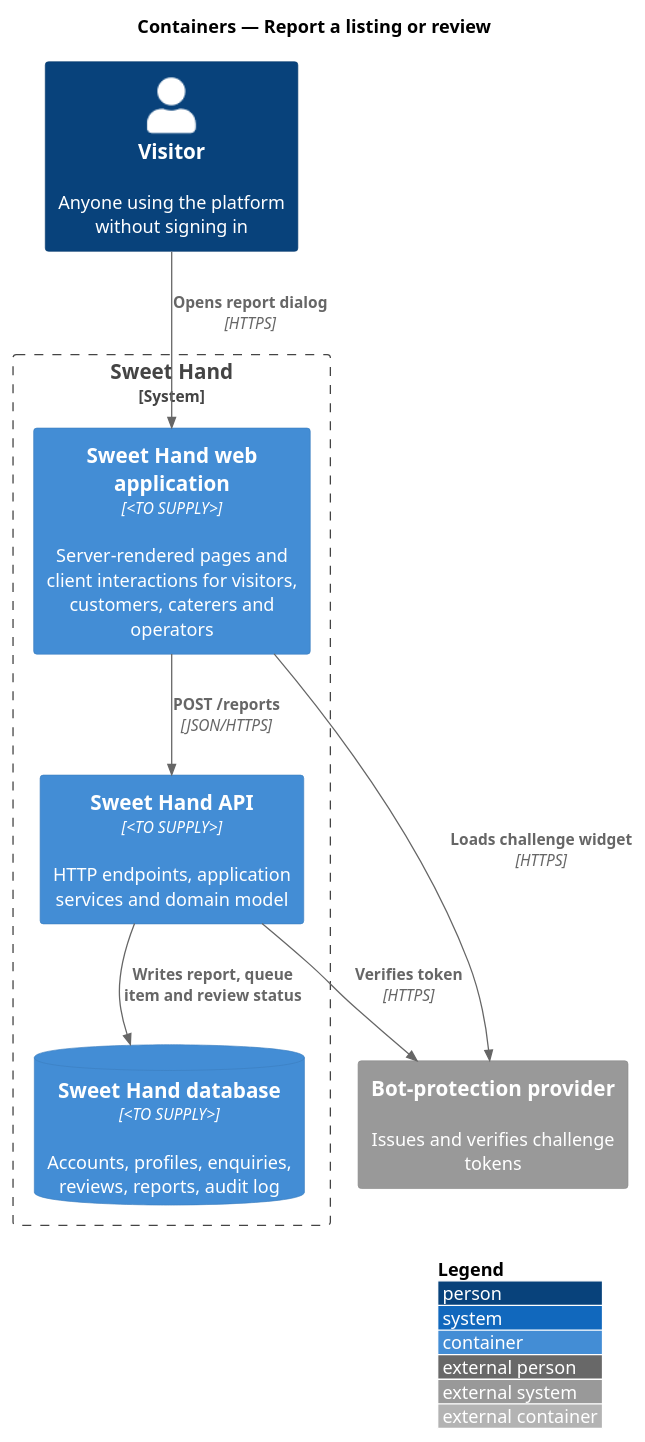
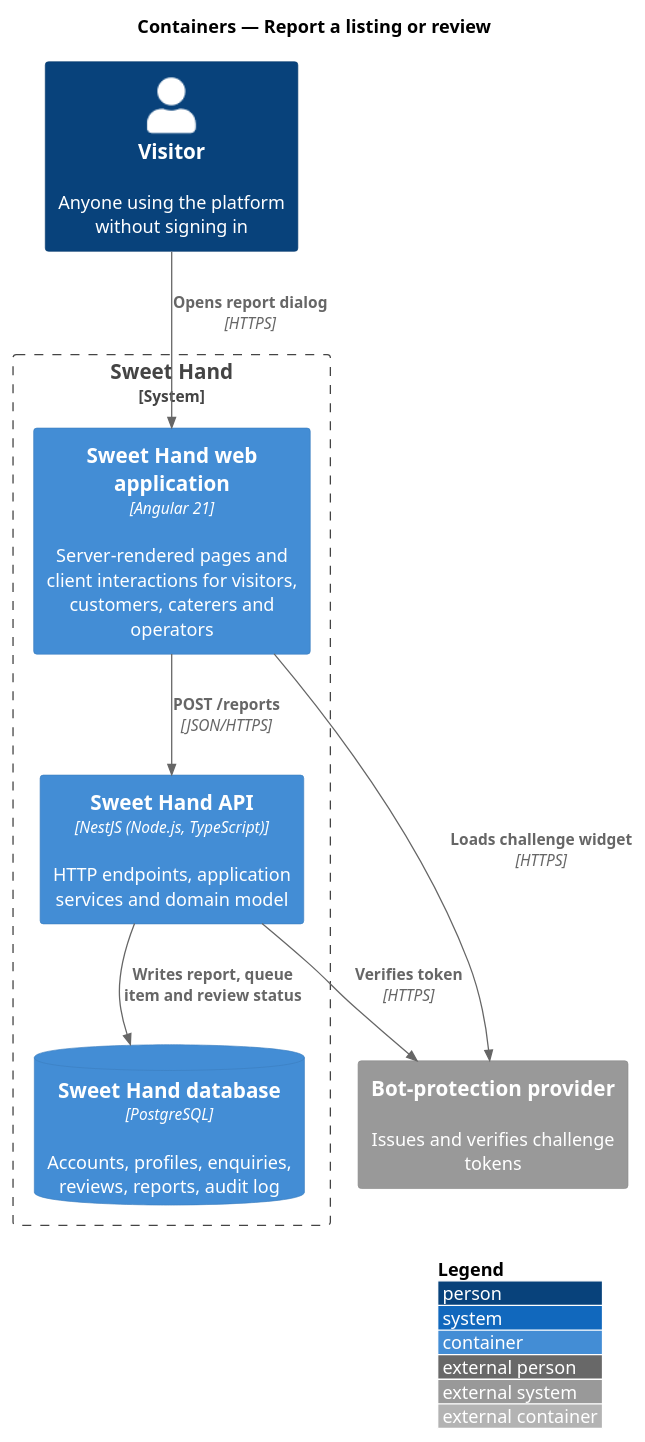
Before and after one commit to QuinntyneBrown/sweet-hand: the diagram in docs/detailed-designs/moderation/report-content/diagrams/c4-container.puml, drawn with PlantUML. The commit also changed 44 other files, not shown here.

```diff
--- a/docs/detailed-designs/moderation/report-content/diagrams/c4-container.puml
+++ b/docs/detailed-designs/moderation/report-content/diagrams/c4-container.puml
@@ -1,19 +1,19 @@
 @startuml
 !include <C4/C4_Container>
 LAYOUT_WITH_LEGEND()
 title Containers — Report a listing or review
 
 Person(visitor, "Visitor", "Anyone using the platform without signing in")
 System_Boundary(sweethand, "Sweet Hand") {
-  Container(web, "Sweet Hand web application", "<TO SUPPLY>", "Server-rendered pages and client interactions for visitors, customers, caterers and operators")
-  Container(api, "Sweet Hand API", "<TO SUPPLY>", "HTTP endpoints, application services and domain model")
-  ContainerDb(db, "Sweet Hand database", "<TO SUPPLY>", "Accounts, profiles, enquiries, reviews, reports, audit log")
+  Container(web, "Sweet Hand web application", "Angular 21", "Server-rendered pages and client interactions for visitors, customers, caterers and operators")
+  Container(api, "Sweet Hand API", "NestJS (Node.js, TypeScript)", "HTTP endpoints, application services and domain model")
+  ContainerDb(db, "Sweet Hand database", "PostgreSQL", "Accounts, profiles, enquiries, reviews, reports, audit log")
 }
 System_Ext(bot, "Bot-protection provider", "Issues and verifies challenge tokens")
 
 Rel(visitor, web, "Opens report dialog", "HTTPS")
 Rel(web, bot, "Loads challenge widget", "HTTPS")
 Rel(web, api, "POST /reports", "JSON/HTTPS")
 Rel(api, bot, "Verifies token", "HTTPS")
 Rel(api, db, "Writes report, queue item and review status")
 @enduml
```
